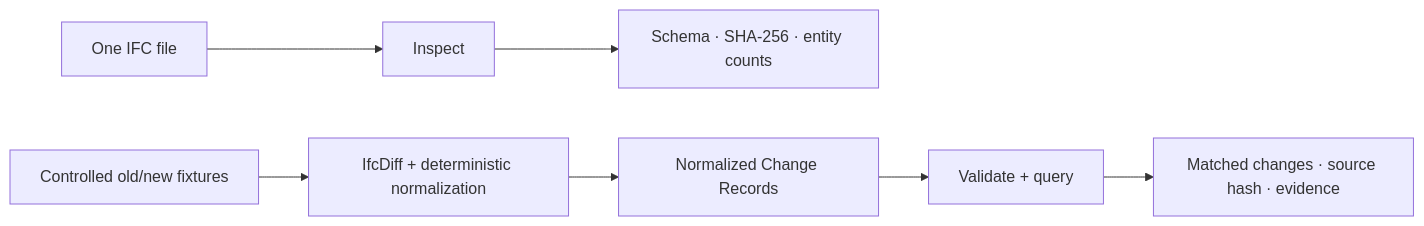
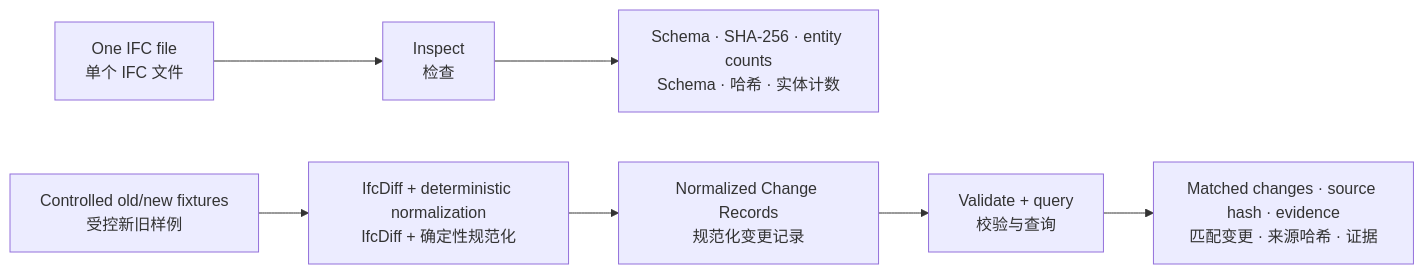
One commit to delongwangshu49-hub/bimchange-agent changed the diagram in README.md. Above: the diagram before and after it, drawn with Mermaid. The commit also changed other lines of this file, not shown here.

````diff
--- a/README.md
+++ b/README.md
@@ -19,9 +23,9 @@
 ```mermaid
 flowchart LR
-    A["One IFC file"] --> B["Inspect"]
-    B --> C["Schema · SHA-256 · entity counts"]
-    D["Normalized Change Records"] --> E["Validate + query"]
-    E --> F["Matched changes · source hash · evidence"]
-    G["Controlled old/new fixtures"] --> H["IfcDiff + deterministic normalization"]
+    A["One IFC file<br/>单个 IFC 文件"] --> B["Inspect<br/>检查"]
+    B --> C["Schema · SHA-256 · entity counts<br/>Schema · 哈希 · 实体计数"]
+    D["Normalized Change Records<br/>规范化变更记录"] --> E["Validate + query<br/>校验与查询"]
+    E --> F["Matched changes · source hash · evidence<br/>匹配变更 · 来源哈希 · 证据"]
+    G["Controlled old/new fixtures<br/>受控新旧样例"] --> H["IfcDiff + deterministic normalization<br/>IfcDiff + 确定性规范化"]
     H --> D
 ```
````
